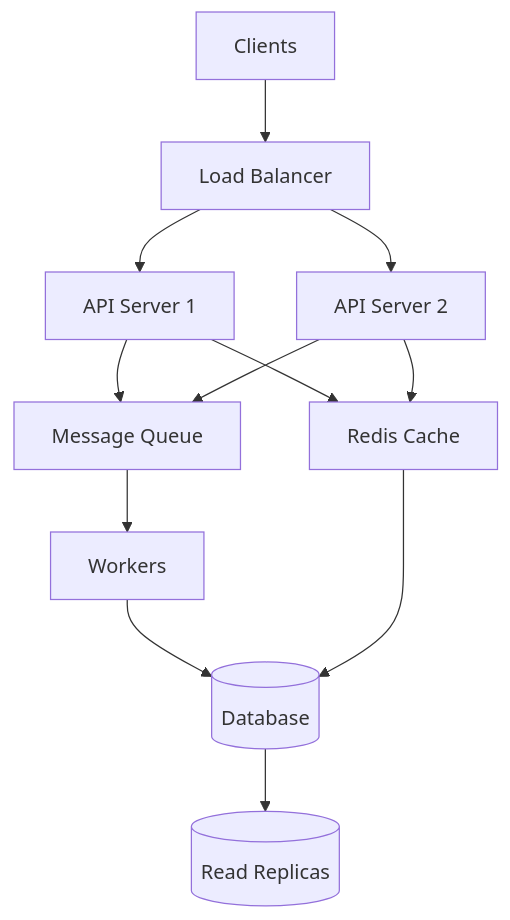
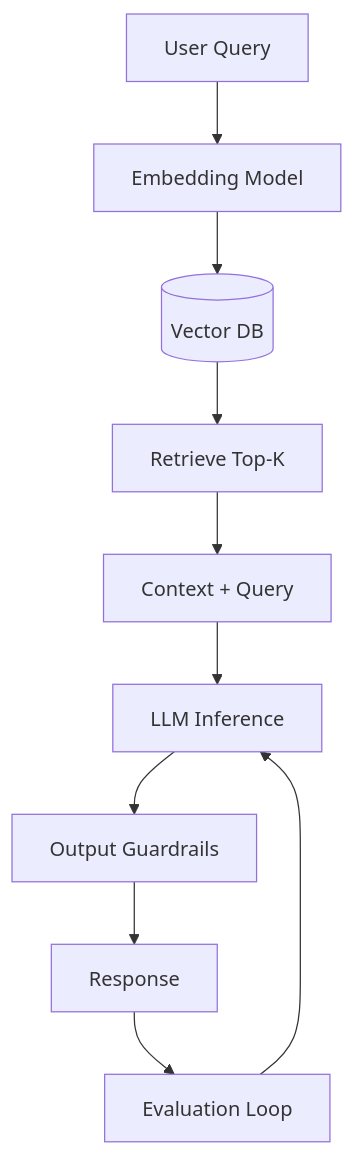
The third of 3 diagrams in ReadMe.md (awesomeananth/awesomeananth), drawn with Mermaid before and after one commit. The commit also changed other lines of this file, not shown here.

Commit message:
feat: replace two architecture diagrams with a three-column layout including RAG/LLM and update the competencies list.

````diff
--- a/ReadMe.md
+++ b/ReadMe.md
@@ -130,14 +151,12 @@
 ```mermaid
 graph TD
-    Client[Clients] --> LB[Load Balancer]
-    LB --> API1[API Server 1]
-    LB --> API2[API Server 2]
-    API1 --> Cache[Redis Cache]
-    API2 --> Cache
-    API1 --> Queue[Message Queue]
-    API2 --> Queue
-    Queue --> Worker[Workers]
-    Worker --> DB[(Database)]
-    Cache --> DB
-    DB --> Replica[(Read Replicas)]
+    Query[User Query] --> Embed[Embedding Model]
+    Embed --> VectorDB[(Vector DB)]
+    VectorDB --> Retriever[Retrieve Top-K]
+    Retriever --> Context[Context + Query]
+    Context --> LLM[LLM Inference]
+    LLM --> Guard[Output Guardrails]
+    Guard --> Response[Response]
+    Response --> Eval[Evaluation Loop]
+    Eval --> LLM
 ```
````
